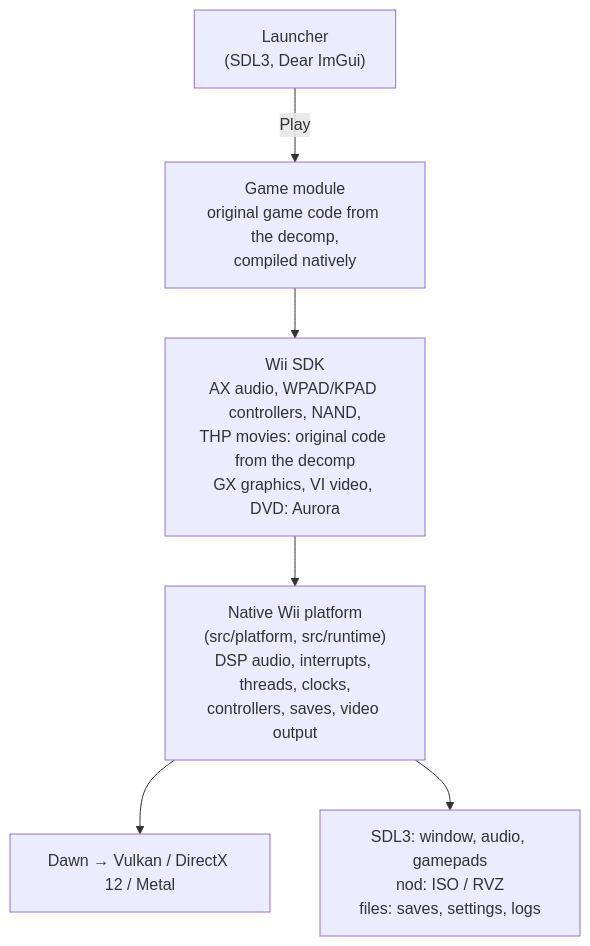
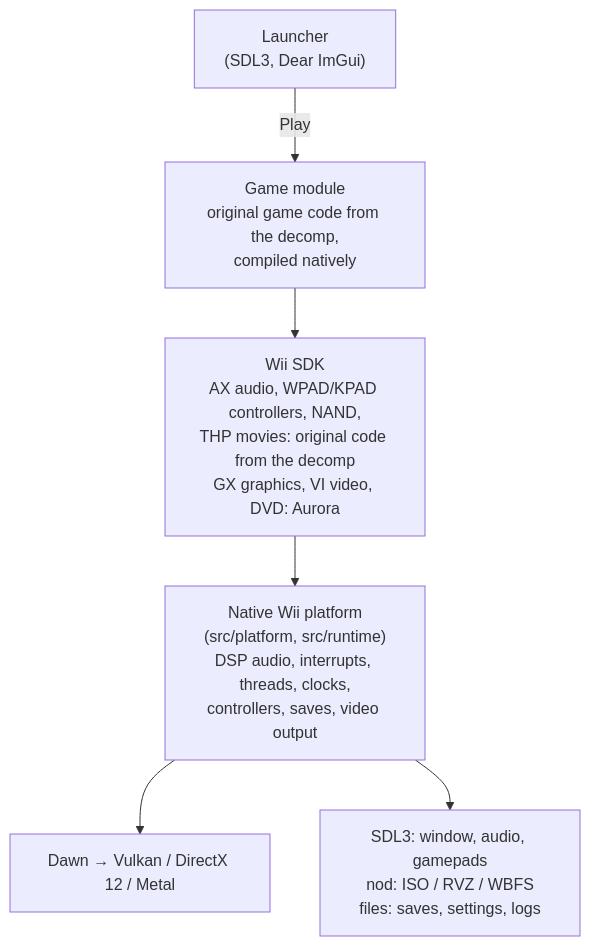
The diagram in docs/ARCHITECTURE.md (GerasSB/recharged), drawn with Mermaid before and after one commit. The commit also changed other lines of this file and 748 other files, not shown here.

````diff
--- a/docs/ARCHITECTURE.md
+++ b/docs/ARCHITECTURE.md
@@ -16,15 +16,15 @@
 ```mermaid
 flowchart TB
     launcher["Launcher<br/>(SDL3, Dear ImGui)"]
     game["Game module<br/>original game code from the decomp,<br/>compiled natively"]
     sdk["Wii SDK<br/>AX audio, WPAD/KPAD controllers, NAND,<br/>THP movies: original code from the decomp<br/>GX graphics, VI video, DVD: Aurora"]
     platform["Native Wii platform<br/>(src/platform, src/runtime)<br/>DSP audio, interrupts, threads, clocks,<br/>controllers, saves, video output"]
     gpu["Dawn → Vulkan / DirectX 12 / Metal"]
-    host["SDL3: window, audio, gamepads<br/>nod: ISO / RVZ<br/>files: saves, settings, logs"]
+    host["SDL3: window, audio, gamepads<br/>nod: ISO / RVZ / WBFS<br/>files: saves, settings, logs"]
 
     launcher -- "Play" --> game
     game --> sdk
     sdk --> platform
     platform --> gpu
     platform --> host
 ```
````
